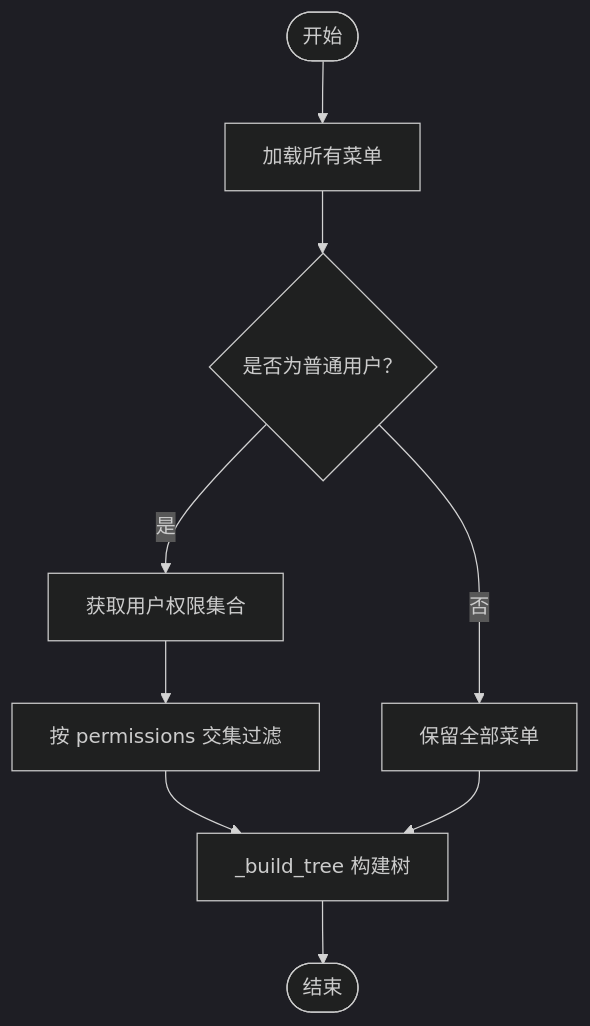
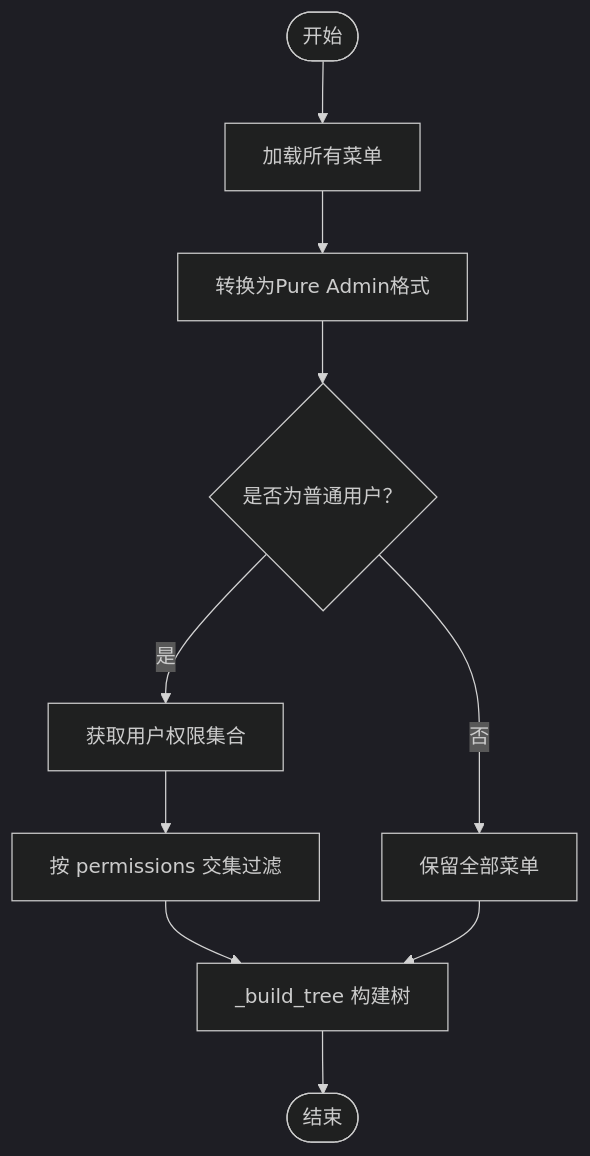
The fifth of 9 diagrams in .qoder/repowiki/zh/content/数据库设计/数据模型设计/菜单实体模型.md (taoweidong/Hello-FastApi), drawn with Mermaid (dark theme) before and after one commit. The commit also changed other lines of this file and 11 other files, not shown here.

````diff
--- a/.qoder/repowiki/zh/content/数据库设计/数据模型设计/菜单实体模型.md
+++ b/.qoder/repowiki/zh/content/数据库设计/数据模型设计/菜单实体模型.md
@@ -251,11 +338,12 @@
 ```mermaid
 flowchart TD
 Start(["开始"]) --> LoadAll["加载所有菜单"]
-LoadAll --> Filter{"是否为普通用户？"}
+LoadAll --> ConvertFormat["转换为Pure Admin格式"]
+ConvertFormat --> Filter{"是否为普通用户？"}
 Filter --> |是| GetUserPerms["获取用户权限集合"]
 GetUserPerms --> PermFilter["按 permissions 交集过滤"]
 Filter --> |否| KeepAll["保留全部菜单"]
 PermFilter --> BuildTree["_build_tree 构建树"]
 KeepAll --> BuildTree
 BuildTree --> End(["结束"])
 ```
````
